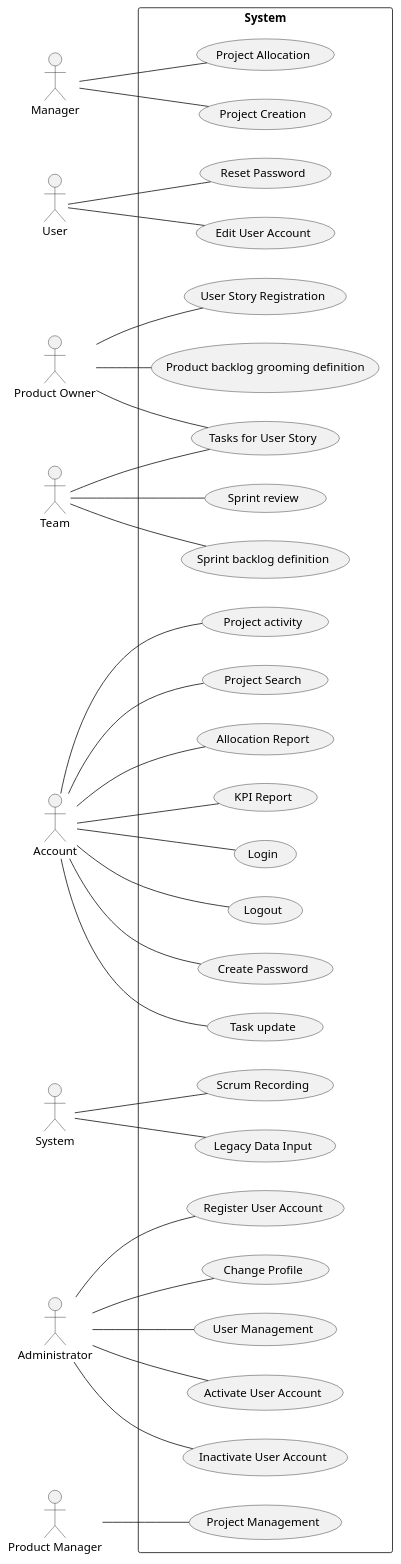
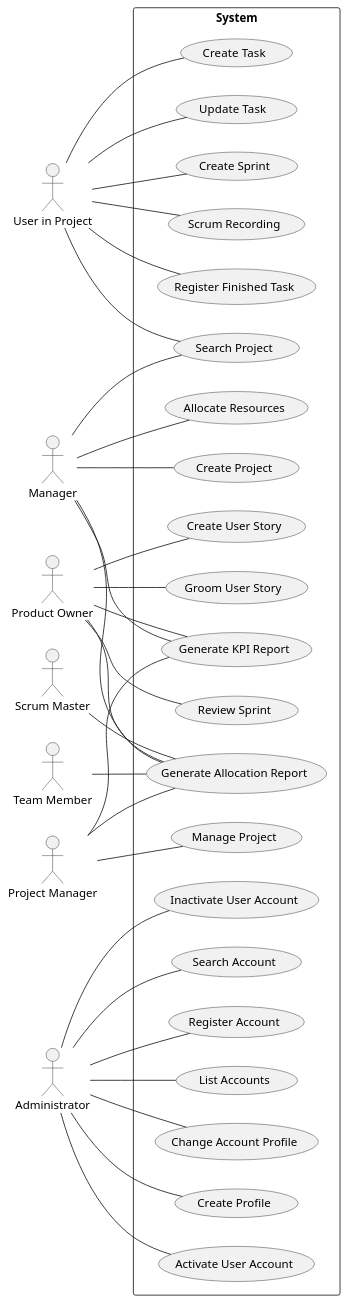
One commit to Loracline/project_switch_22-23 changed the diagram in docs/requirements_gathering/use_case_diagram/Use_Case_Diagram.puml. Above: the diagram before and after it, drawn with PlantUML.

Commit message:
[None US number]: [Project]: [Use Case Diagram]
US number: none
Discipline/phase: Requirements engineering.
Use cases: Use Case Diagram update.

```diff
--- a/docs/requirements_gathering/use_case_diagram/Use_Case_Diagram.puml
+++ b/docs/requirements_gathering/use_case_diagram/Use_Case_Diagram.puml
@@ -1,70 +1,68 @@
 @startuml
 
 left to right direction
+actor "Scrum Master" as scrum
+actor "User in Project" as usr
 actor "Manager" as mg
+actor "Product Owner" as po
+actor "Team Member" as tm
+actor "Project Manager" as pm
+actor "Administrator" as admin
 
-actor "User" as usr
-actor "Product Owner" as po
-actor "Team" as tm
-actor "Account" as acc
-actor "System" as sm
-actor "Administrator" as admin
-actor "Product Manager" as pm
 
 
 rectangle System {
-  usecase "Project Creation" as UC1
-  usecase "Project Management" as UC2
-  usecase "Project Search" as UC3
-  usecase "Reset Password" as UC22
-  usecase "Product backlog grooming definition" as UC6
-  usecase "Sprint backlog definition" as UC5
-  usecase "Sprint review" as UC7
-  usecase "Tasks for User Story" as UC8
-  usecase "Task update" as UC9
-  usecase "Project activity" as UC10
-  usecase "Allocation Report" as UC11
-  usecase "KPI Report" as UC12
-  usecase "Project Allocation" as UC13
+  usecase "Create Project" as UC1
+  usecase "Manage Project" as UC2
+  usecase "Search Project" as UC3
+  usecase "List Accounts" as UC4
+  usecase "Create User Story" as UC5
+  usecase "Groom User Story " as UC6
+  usecase "Review Sprint" as UC7
+  usecase "Create Task" as UC8
+  usecase "Update Task " as UC9
+  usecase "Allocate Resources" as UC10
+  usecase "Generate Allocation Report" as UC11
+  usecase "Generate KPI Report" as UC12
+  usecase "Create Sprint" as UC13
   usecase "Scrum Recording" as UC14
-  usecase "Legacy Data Input" as UC15
-  usecase "Register User Account" as UC16
-  usecase "Change Profile" as UC17
-  usecase "User Management" as UC18
+  usecase "Search Account" as UC15
+  usecase "Register Account" as UC16
+  usecase "Change Account Profile" as UC17
+  usecase "Create Profile" as UC18
   usecase "Activate User Account" as UC19
   usecase "Inactivate User Account" as UC20
-  usecase "Edit User Account" as UC21
-  usecase "User Story Registration" as UC4
-  usecase "Login" as UC23
-  usecase "Logout" as UC24
-  usecase "Create Password" as UC25
+  usecase "Register Finished Task" as UC21
 
 }
 
 mg -- UC1
 pm -- UC2
-acc -- UC3
-po -- UC4
-tm -- UC5
+mg -- UC3
+usr -- UC3
+admin -- UC4
+po -- UC5
 po -- UC6
-tm -- UC7
-tm -- UC8
-po -- UC8
-acc -- UC9
-acc -- UC10
-acc -- UC11
-acc -- UC12
-mg -- UC13
-sm -- UC14
-sm -- UC15
+po -- UC7
+usr -- UC8
+usr -- UC9
+mg -- UC10
+mg -- UC11
+pm -- UC11
+po -- UC11
+scrum -- UC11
+tm -- UC11
+mg -- UC12
+pm -- UC12
+po -- UC12
+usr -- UC13
+usr -- UC14
+admin -- UC15
 admin -- UC16
 admin -- UC17
 admin -- UC18
 admin -- UC19
 admin -- UC20
 usr -- UC21
-usr -- UC22
-acc -- UC23
-acc -- UC24
-acc -- UC25
+
 @enduml
```
